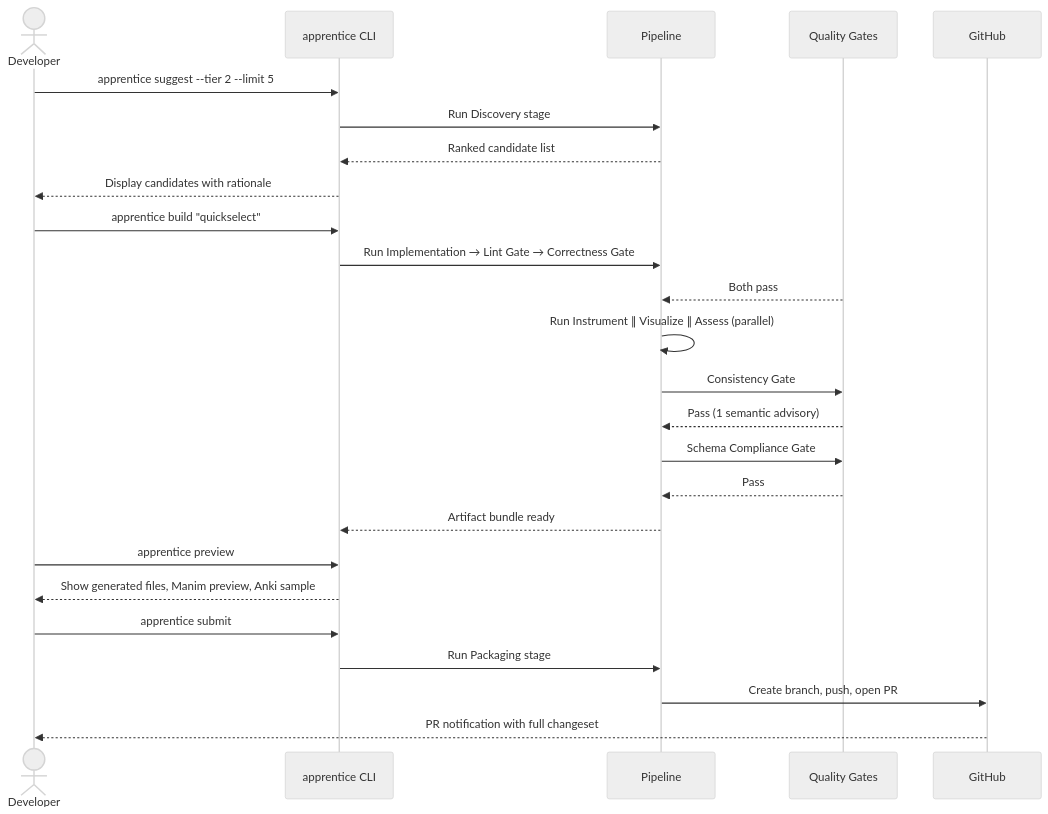
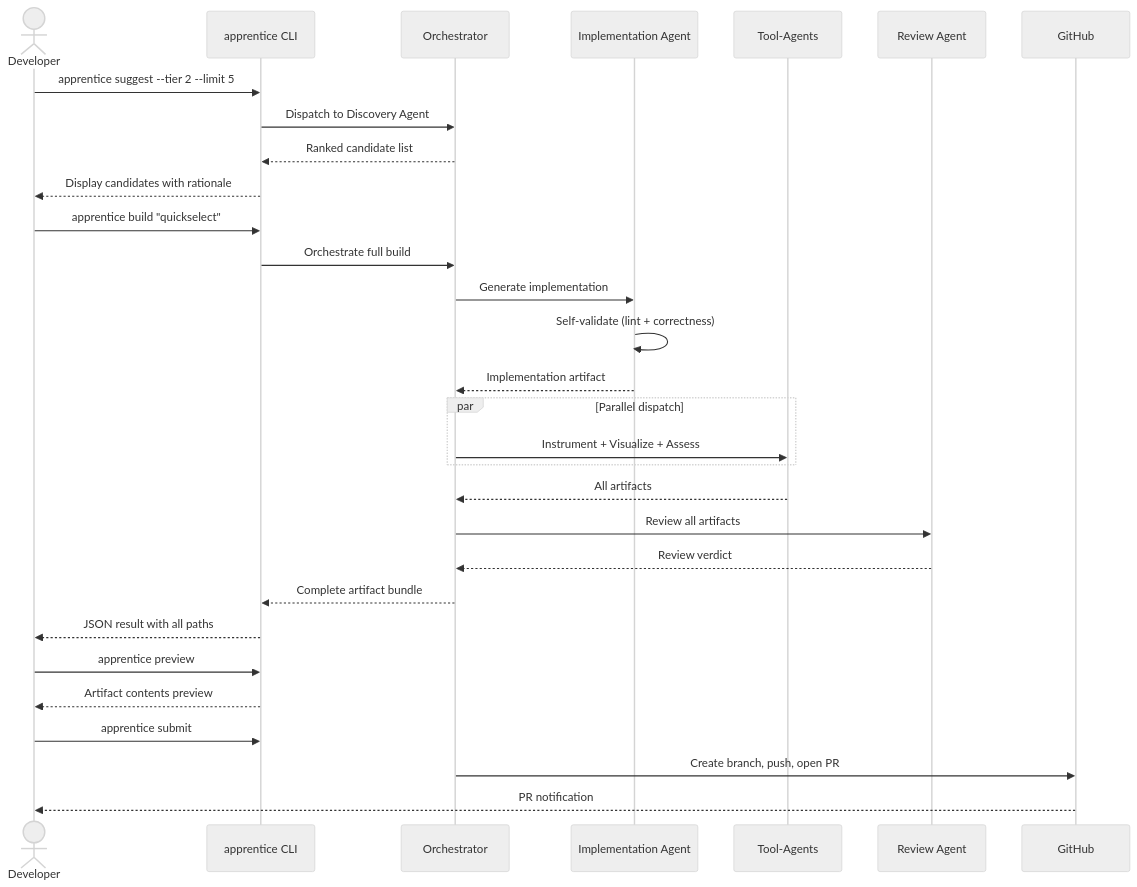
The seventh of 10 diagrams in docs/system-design.md (no-magic-ai/apprentice), drawn with Mermaid (neutral theme) before and after one commit. The commit also changed other lines of this file, not shown here.

First line of the commit message:
docs: update system design for multi-agent architecture

````diff
--- a/docs/system-design.md
+++ b/docs/system-design.md
@@ -504,31 +510,39 @@
 ```mermaid
 sequenceDiagram
     actor Dev as Developer
     participant CLI as apprentice CLI
-    participant Pipe as Pipeline
-    participant Gates as Quality Gates
+    participant Orch as Orchestrator
+    participant Impl as Implementation Agent
+    participant Agents as Tool-Agents
+    participant Rev as Review Agent
     participant GH as GitHub
 
     Dev->>CLI: apprentice suggest --tier 2 --limit 5
-    CLI->>Pipe: Run Discovery stage
-    Pipe-->>CLI: Ranked candidate list
+    CLI->>Orch: Dispatch to Discovery Agent
+    Orch-->>CLI: Ranked candidate list
     CLI-->>Dev: Display candidates with rationale
 
     Dev->>CLI: apprentice build "quickselect"
-    CLI->>Pipe: Run Implementation → Lint Gate → Correctness Gate
-    Gates-->>Pipe: Both pass
-    Pipe->>Pipe: Run Instrument ∥ Visualize ∥ Assess (parallel)
-    Pipe->>Gates: Consistency Gate
-    Gates-->>Pipe: Pass (1 semantic advisory)
-    Pipe->>Gates: Schema Compliance Gate
-    Gates-->>Pipe: Pass
-    Pipe-->>CLI: Artifact bundle ready
+    CLI->>Orch: Orchestrate full build
+    Orch->>Impl: Generate implementation
+    Impl->>Impl: Self-validate (lint + correctness)
+    Impl-->>Orch: Implementation artifact
+
+    par Parallel dispatch
+        Orch->>Agents: Instrument + Visualize + Assess
+    end
+    Agents-->>Orch: All artifacts
+
+    Orch->>Rev: Review all artifacts
+    Rev-->>Orch: Review verdict
+
+    Orch-->>CLI: Complete artifact bundle
+    CLI-->>Dev: JSON result with all paths
 
     Dev->>CLI: apprentice preview
-    CLI-->>Dev: Show generated files, Manim preview, Anki sample
+    CLI-->>Dev: Artifact contents preview
 
     Dev->>CLI: apprentice submit
-    CLI->>Pipe: Run Packaging stage
-    Pipe->>GH: Create branch, push, open PR
-    GH-->>Dev: PR notification with full changeset
+    Orch->>GH: Create branch, push, open PR
+    GH-->>Dev: PR notification
 ```
````
